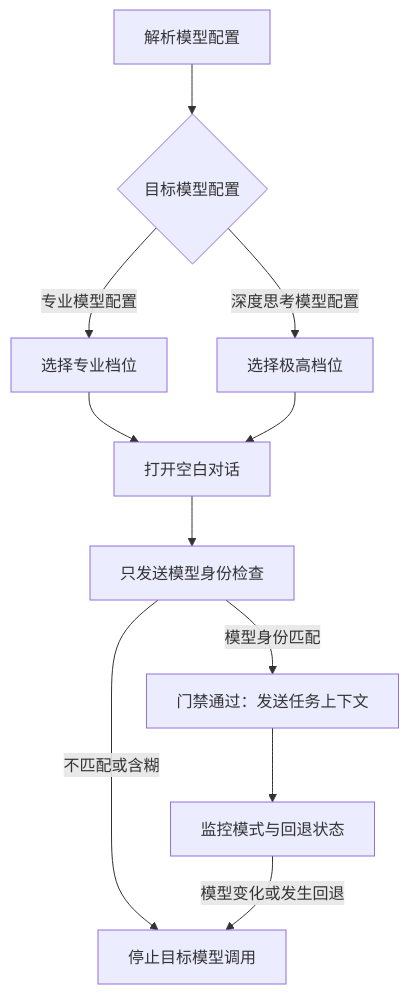
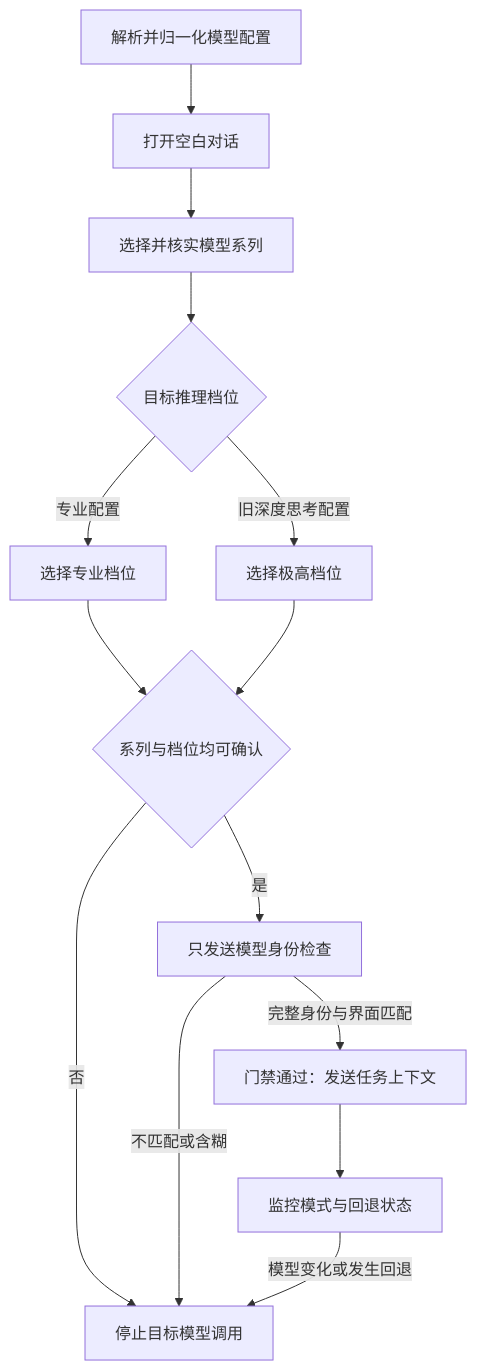
Before and after one commit to jay6697117/gpt-thinking-pro-collab-skill: the diagram in README.md, drawn with Mermaid. The commit also changed other lines of this file and 6 other files, not shown here.

````diff
--- a/README.md
+++ b/README.md
@@ -124,13 +130,16 @@
 ```mermaid
 flowchart TD
-    CONFIG["解析模型配置"] --> PROFILE{"目标模型配置"}
-    PROFILE -->|"专业模型配置"| PRO["选择专业档位"]
-    PROFILE -->|"深度思考模型配置"| THINKING["选择极高档位"]
-    PRO --> CHAT["打开空白对话"]
-    THINKING --> CHAT
-    CHAT --> ASK["只发送模型身份检查"]
-    ASK -->|"模型身份匹配"| PASS["门禁通过：发送任务上下文"]
-    ASK -->|"不匹配或含糊"| FAIL["停止目标模型调用"]
+    CONFIG["解析并归一化模型配置"] --> CHAT["打开空白对话"]
+    CHAT --> FAMILY["选择并核实模型系列"]
+    FAMILY --> PROFILE{"目标推理档位"}
+    PROFILE -->|"专业配置"| PRO["选择专业档位"]
+    PROFILE -->|"旧深度思考配置"| THINKING["选择极高档位"]
+    PRO --> READY{"系列与档位均可确认"}
+    THINKING --> READY
+    READY -->|"是"| ASK["只发送模型身份检查"]
+    READY -->|"否"| FAIL["停止目标模型调用"]
+    ASK -->|"完整身份与界面匹配"| PASS["门禁通过：发送任务上下文"]
+    ASK -->|"不匹配或含糊"| FAIL
     PASS --> WATCH["监控模式与回退状态"]
     WATCH -->|"模型变化或发生回退"| FAIL
 ```
````
